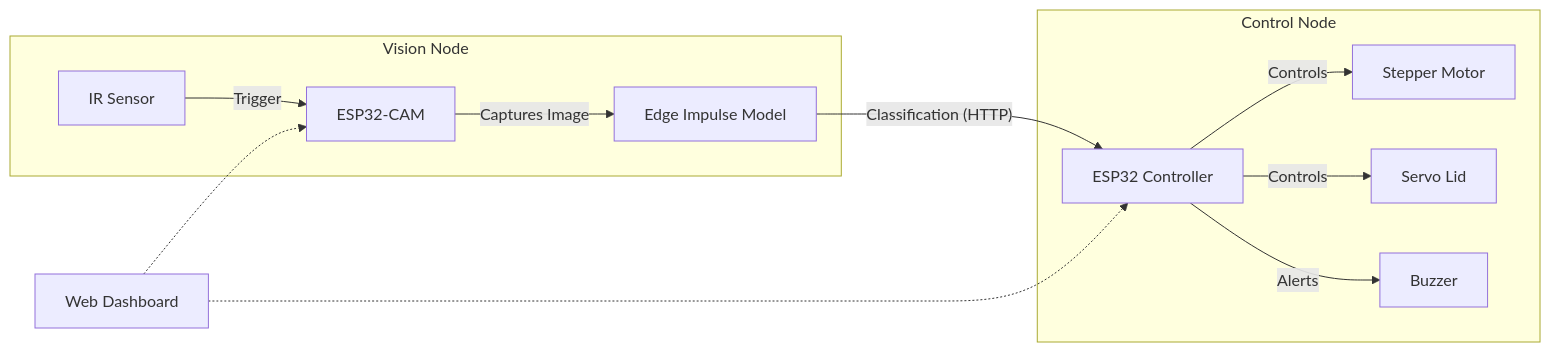
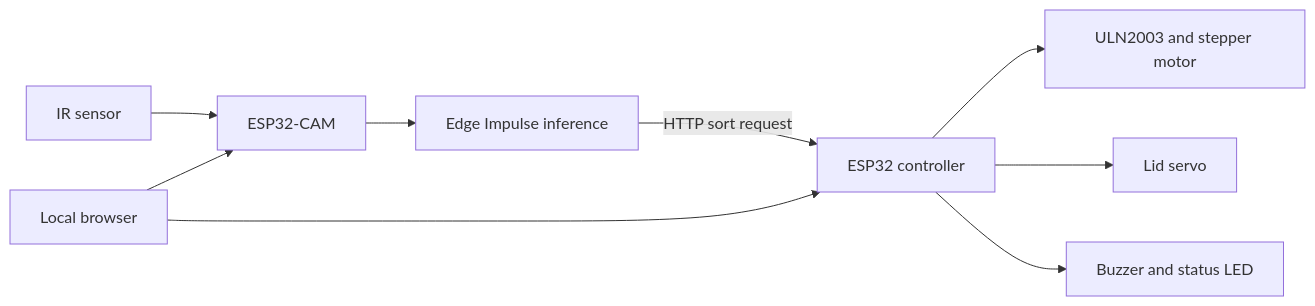
One commit to AimanRosman/AI-ESP32-Recycle-Bin-Sorter changed the diagram in README.md. Above: the diagram before and after it, drawn with Mermaid. The commit also changed other lines of this file and 1 other file, not shown here.

````diff
--- a/README.md
+++ b/README.md
@@ -29,17 +9,11 @@
 ```mermaid
-graph LR
-    subgraph Vision Node
-    CAM[ESP32-CAM] -- "Captures Image" --> AI[Edge Impulse Model]
-    IR[IR Sensor] -- "Trigger" --> CAM
-    end
-
-    subgraph Control Node
-    ESP[ESP32 Controller] -- "Controls" --> MOTOR[Stepper Motor]
-    ESP -- "Controls" --> SERVO[Servo Lid]
-    ESP -- "Alerts" --> BUZZ[Buzzer]
-    end
-
-    AI -- "Classification (HTTP)" --> ESP
-    User[Web Dashboard] -.-> CAM
-    User -.-> ESP
+flowchart LR
+    IR[IR sensor] --> Camera[ESP32-CAM]
+    Camera --> Model[Edge Impulse inference]
+    Model -->|HTTP sort request| Controller[ESP32 controller]
+    Controller --> Stepper[ULN2003 and stepper motor]
+    Controller --> Servo[Lid servo]
+    Controller --> Buzzer[Buzzer and status LED]
+    Browser[Local browser] --> Camera
+    Browser --> Controller
 ```
````
